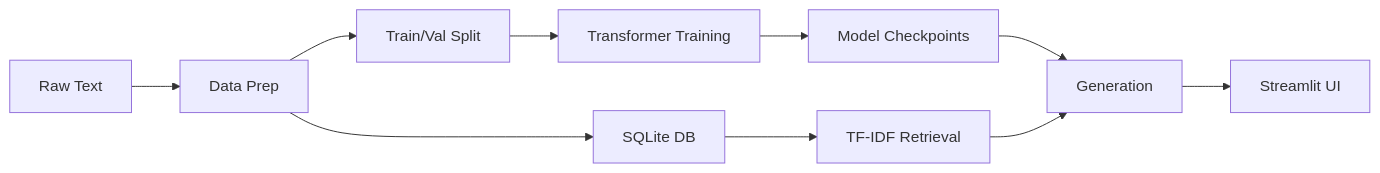
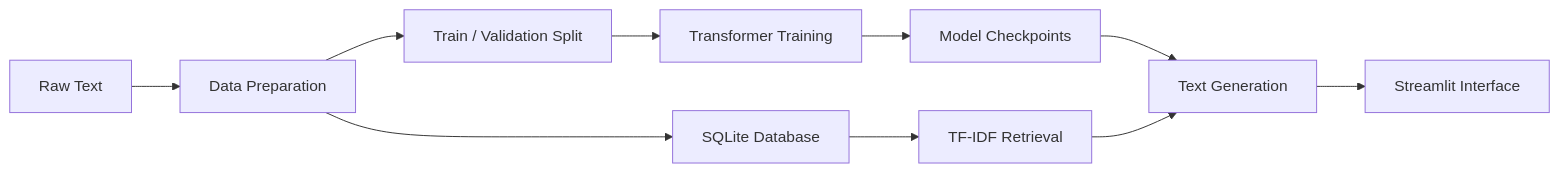
The diagram in README.md (abinashprasana/Alice_llm_lab), drawn with Mermaid before and after one commit. The commit also changed other lines of this file, not shown here.

````diff
--- a/README.md
+++ b/README.md
@@ -45,12 +46,12 @@
 ```mermaid
 graph LR
-    A[Raw Text] --> B[Data Prep]
-    B --> C[Train/Val Split]
-    B --> D[SQLite DB]
+    A[Raw Text] --> B[Data Preparation]
+    B --> C[Train / Validation Split]
+    B --> D[SQLite Database]
     C --> E[Transformer Training]
     E --> F[Model Checkpoints]
     D --> G[TF-IDF Retrieval]
-    F --> H[Generation]
+    F --> H[Text Generation]
     G --> H
-    H --> I[Streamlit UI]
+    H --> I[Streamlit Interface]
 ```
````
